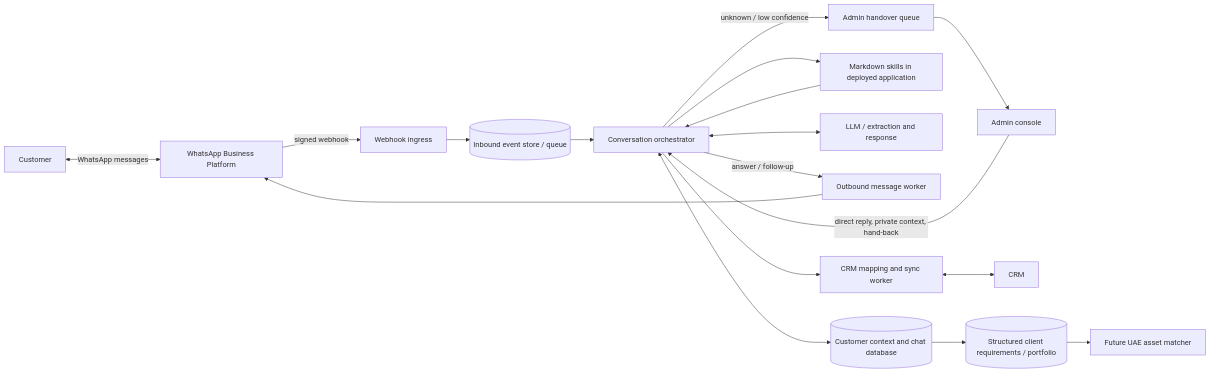
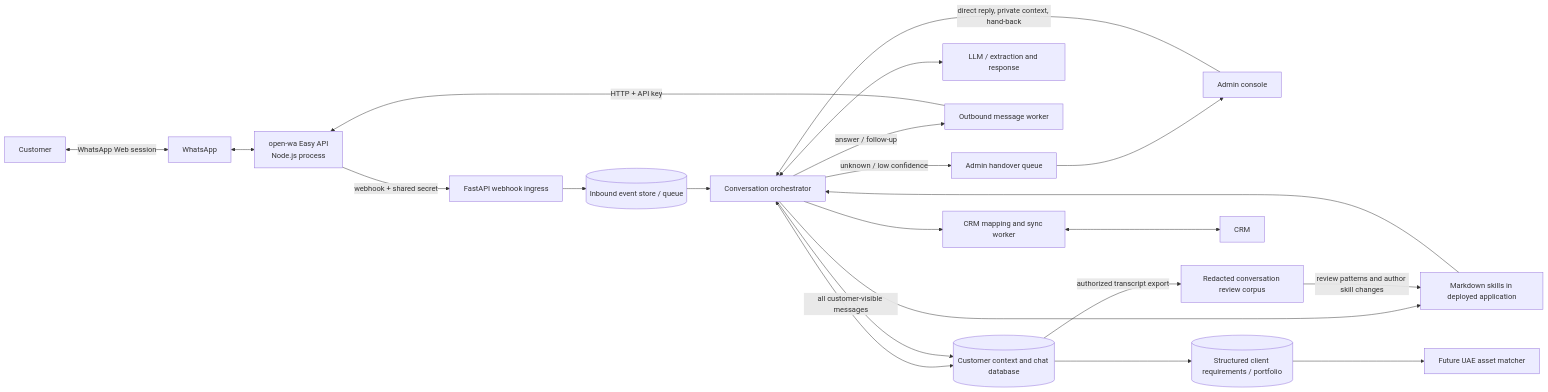
Before and after one commit to moniratna/whatsapp_agent: the diagram in ARCHITECTURE.md, drawn with Mermaid. The commit also changed other lines of this file and 2 other files, not shown here.

````diff
--- a/ARCHITECTURE.md
+++ b/ARCHITECTURE.md
@@ -17,20 +19,24 @@
 ```mermaid
 flowchart LR
-    C[Customer] <-->|WhatsApp messages| W[WhatsApp Business Platform]
-    W -->|signed webhook| WH[Webhook ingress]
+    C[Customer] <-->|WhatsApp Web session| W[WhatsApp]
+    W <--> OW[open-wa Easy API<br/>Node.js process]
+    OW -->|webhook + shared secret| WH[FastAPI webhook ingress]
     WH --> IN[(Inbound event store / queue)]
     IN --> ORCH[Conversation orchestrator]
     ORCH <--> DB[(Customer context and chat database)]
     ORCH --> SK[Markdown skills in deployed application]
     SK --> ORCH
     ORCH <--> AI[LLM / extraction and response]
     ORCH -->|answer / follow-up| OUT[Outbound message worker]
-    OUT --> W
+    OUT -->|HTTP + API key| OW
     ORCH -->|unknown / low confidence| H[Admin handover queue]
     H --> UI[Admin console]
     UI -->|direct reply, private context, hand-back| ORCH
+    ORCH -->|all customer-visible messages| DB
+    DB -->|authorized transcript export| LEARN[Redacted conversation review corpus]
+    LEARN -->|review patterns and author skill changes| SK
     ORCH --> MAP[CRM mapping and sync worker]
     MAP <--> CRM[CRM]
     CDB[(Structured client requirements / portfolio)] --> FUT[Future UAE asset matcher]
     DB --> CDB
 ```
````
